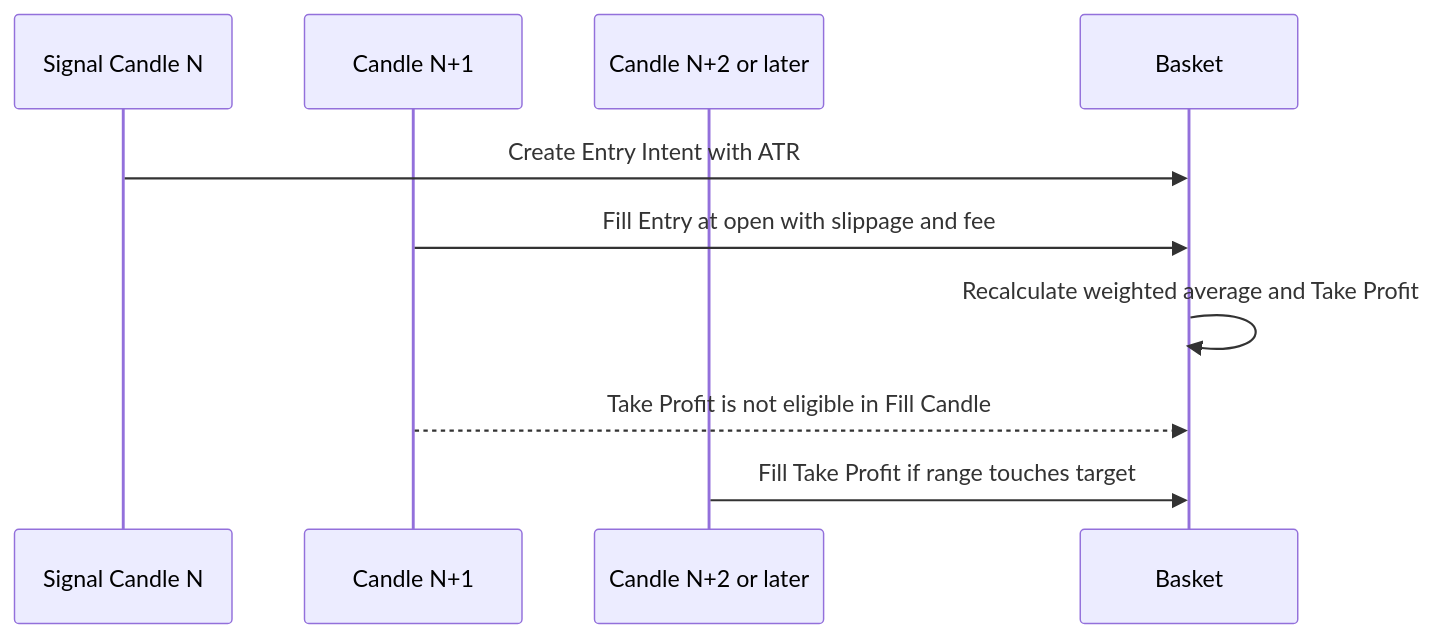
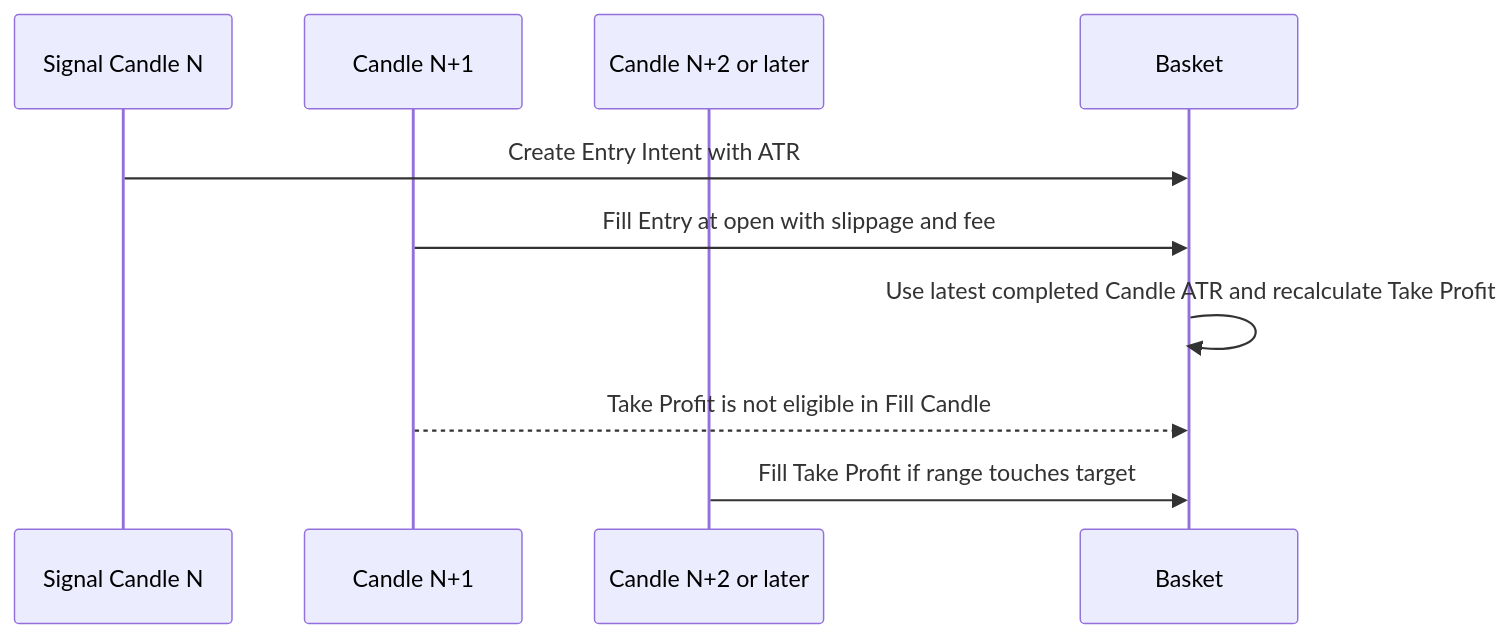
Before and after one commit to yukasung/tiewtrade: the diagram in docs-site/content/paper-trading.mdx, drawn with Mermaid. The commit also changed other lines of this file and 7 other files, not shown here.

````diff
--- a/docs-site/content/paper-trading.mdx
+++ b/docs-site/content/paper-trading.mdx
@@ -12,13 +12,13 @@
 ```mermaid
 sequenceDiagram
     participant N as Signal Candle N
     participant N1 as Candle N+1
     participant N2 as Candle N+2 or later
     participant B as Basket
 
     N->>B: Create Entry Intent with ATR
     N1->>B: Fill Entry at open with slippage and fee
-    B->>B: Recalculate weighted average and Take Profit
+    B->>B: Use latest completed Candle ATR and recalculate Take Profit
     N1-->>B: Take Profit is not eligible in Fill Candle
     N2->>B: Fill Take Profit if range touches target
 ```
````
